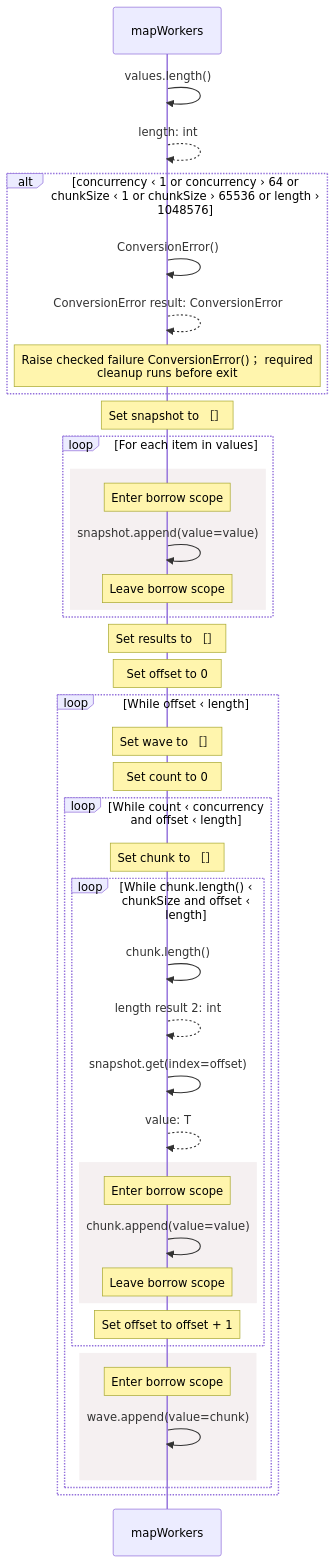
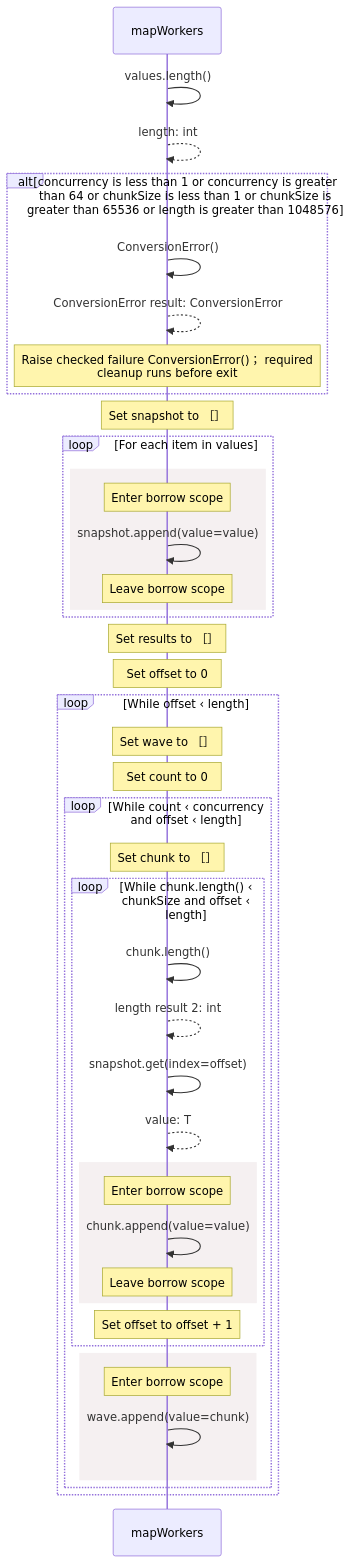
The second of 4 diagrams in src/stdlib/collections/workers.aug.diagrams.md (GreenPandaStudios/augscript), drawn with Mermaid before and after one commit. The commit also changed other lines of this file and 658 other files, not shown here.

````diff
--- a/src/stdlib/collections/workers.aug.diagrams.md
+++ b/src/stdlib/collections/workers.aug.diagrams.md
@@ -28,45 +36,45 @@
 ```mermaid
 sequenceDiagram
     participant p0 as mapWorkers
 
     p0->>p0: values.length()
     p0-->>p0: length: int
-    alt concurrency ‹ 1 or concurrency › 64 or chunkSize ‹ 1 or chunkSize › 65536 or length › 1048576
+    alt concurrency is less than 1 or concurrency is greater<br/>than 64 or chunkSize is less than 1 or chunkSize is<br/>greater than 65536 or length is greater than 1048576
     p0->>p0: ConversionError()
     p0-->>p0: ConversionError result: ConversionError
     Note over p0: Raise checked failure ConversionError()； required<br/>cleanup runs before exit
     end
     Note over p0: Set snapshot to ［］
     loop For each item in values
     rect rgb(245, 240, 241)
     Note over p0: Enter borrow scope
     p0->>p0: snapshot.append(value=value)
     Note over p0: Leave borrow scope
     end
     end
     Note over p0: Set results to ［］
     Note over p0: Set offset to 0
     loop While offset ‹ length
     Note over p0: Set wave to ［］
     Note over p0: Set count to 0
     loop While count ‹ concurrency and offset ‹ length
     Note over p0: Set chunk to ［］
     loop While chunk.length() ‹ chunkSize and offset ‹ length
     p0->>p0: chunk.length()
     p0-->>p0: length result 2: int
     p0->>p0: snapshot.get(index=offset)
     p0-->>p0: value: T
     rect rgb(245, 240, 241)
     Note over p0: Enter borrow scope
     p0->>p0: chunk.append(value=value)
     Note over p0: Leave borrow scope
     end
     Note over p0: Set offset to offset + 1
     end
     rect rgb(245, 240, 241)
     Note over p0: Enter borrow scope
     p0->>p0: wave.append(value=chunk)
     end
     end
     end
 ```
````
